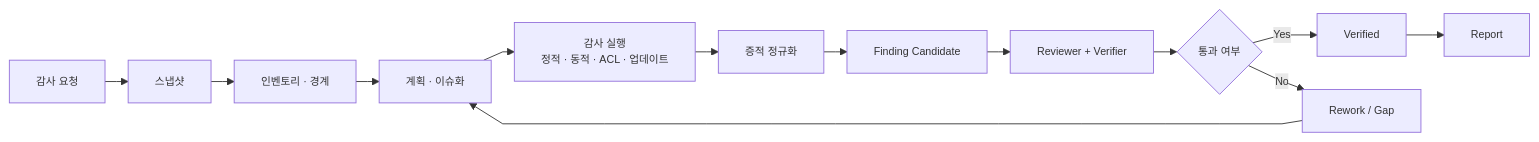
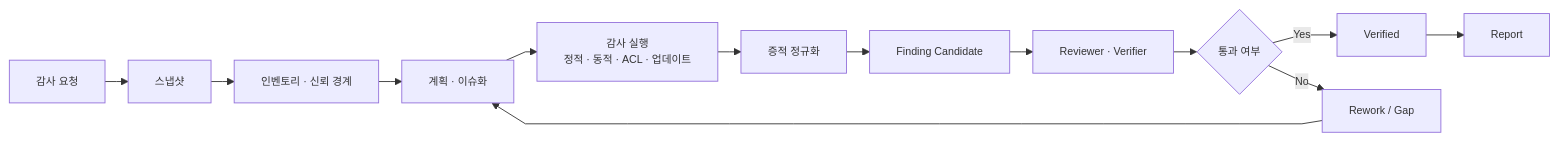
Before and after one commit to koalav/present-anyything: the diagram in decks/windows-audit-design/pages/03_workflow_structure.md, drawn with Mermaid. The commit also changed other lines of this file and 469 other files, not shown here.

````diff
--- a/decks/windows-audit-design/pages/03_workflow_structure.md
+++ b/decks/windows-audit-design/pages/03_workflow_structure.md
@@ -13,16 +13,16 @@
 ```mermaid
 %%{init: {'themeVariables': {'fontSize': '12px'}, 'flowchart': {'nodeSpacing': 18, 'rankSpacing': 26, 'diagramPadding': 6, 'curve': 'linear'}}}%%
 flowchart LR
     A[감사 요청] --> B[스냅샷]
-    B --> C[인벤토리 · 경계]
+    B --> C[인벤토리 · 신뢰 경계]
     C --> D[계획 · 이슈화]
     D --> E[감사 실행<br/>정적 · 동적 · ACL · 업데이트]
     E --> F[증적 정규화]
     F --> G[Finding Candidate]
-    G --> H[Reviewer + Verifier]
+    G --> H[Reviewer · Verifier]
     H --> I{통과 여부}
     I -->|Yes| J[Verified]
     I -->|No| K[Rework / Gap]
     K --> D
     J --> L[Report]
 ```
````
